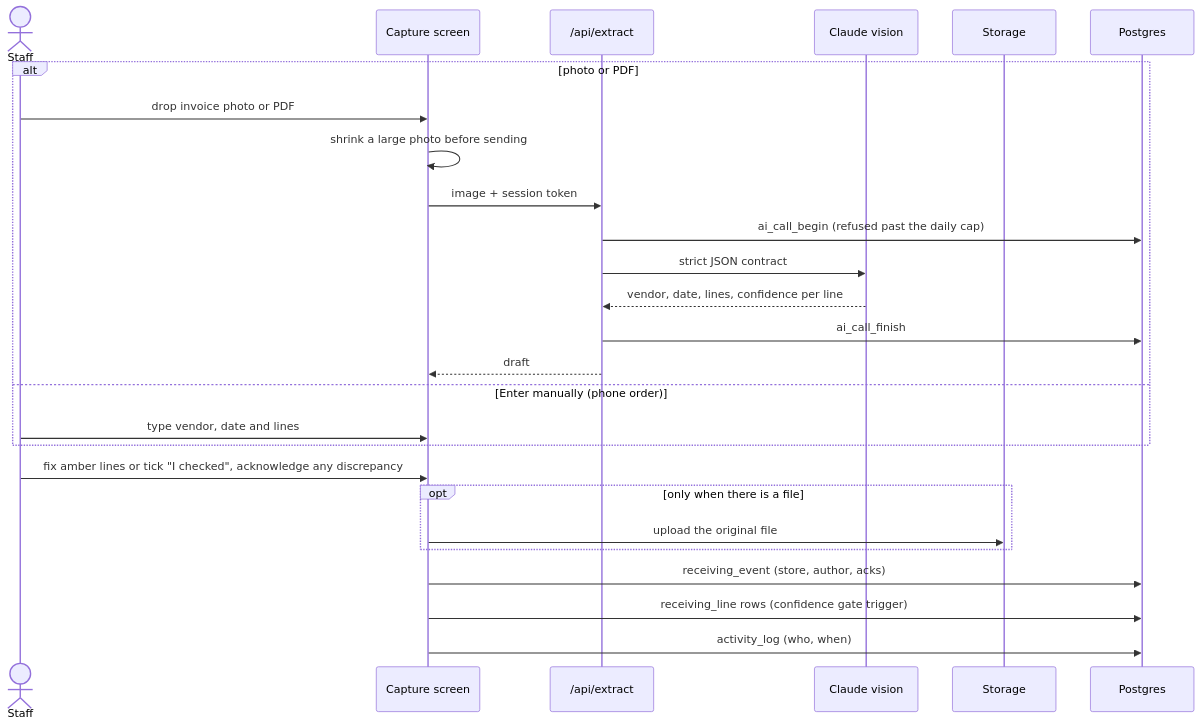
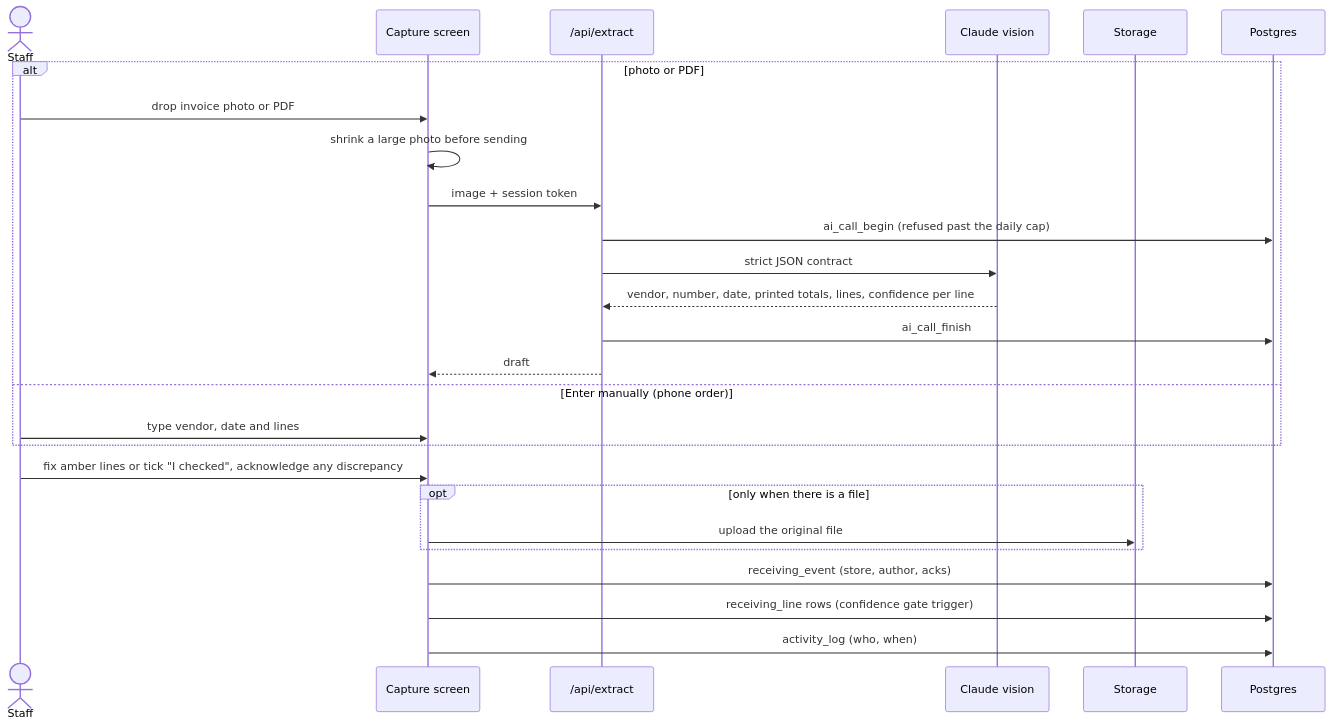
The fourth of 9 diagrams in docs/ARCHITECTURE.md (raviteja0012/robinsons-store), drawn with Mermaid before and after one commit. The commit also changed other lines of this file and 17 other files, not shown here.

First line of the commit message:
Check invoice lines against the printed totals before Capture saves

````diff
--- a/docs/ARCHITECTURE.md
+++ b/docs/ARCHITECTURE.md
@@ -250,28 +250,28 @@
 ```mermaid
 sequenceDiagram
   actor Staff
   participant UI as Capture screen
   participant EX as /api/extract
   participant AI as Claude vision
   participant ST as Storage
   participant DB as Postgres
   alt photo or PDF
     Staff->>UI: drop invoice photo or PDF
     UI->>UI: shrink a large photo before sending
     UI->>EX: image + session token
     EX->>DB: ai_call_begin (refused past the daily cap)
     EX->>AI: strict JSON contract
-    AI-->>EX: vendor, date, lines, confidence per line
+    AI-->>EX: vendor, number, date, printed totals, lines, confidence per line
     EX->>DB: ai_call_finish
     EX-->>UI: draft
   else Enter manually (phone order)
     Staff->>UI: type vendor, date and lines
   end
   Staff->>UI: fix amber lines or tick "I checked", acknowledge any discrepancy
   opt only when there is a file
     UI->>ST: upload the original file
   end
   UI->>DB: receiving_event (store, author, acks)
   UI->>DB: receiving_line rows (confidence gate trigger)
   UI->>DB: activity_log (who, when)
 ```
````
